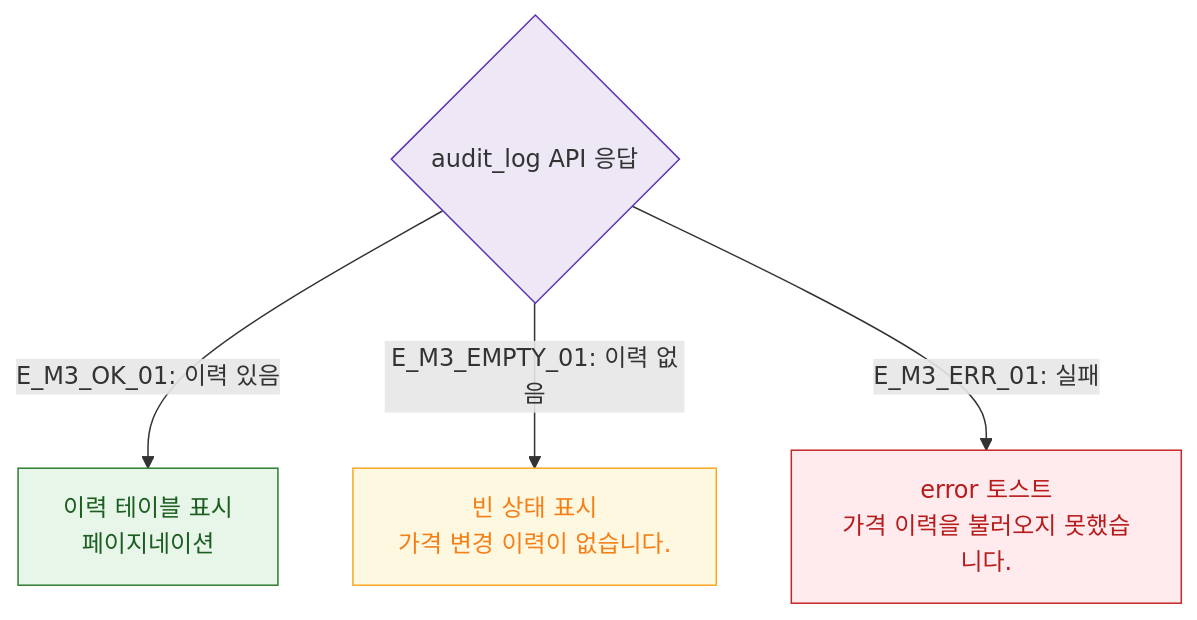
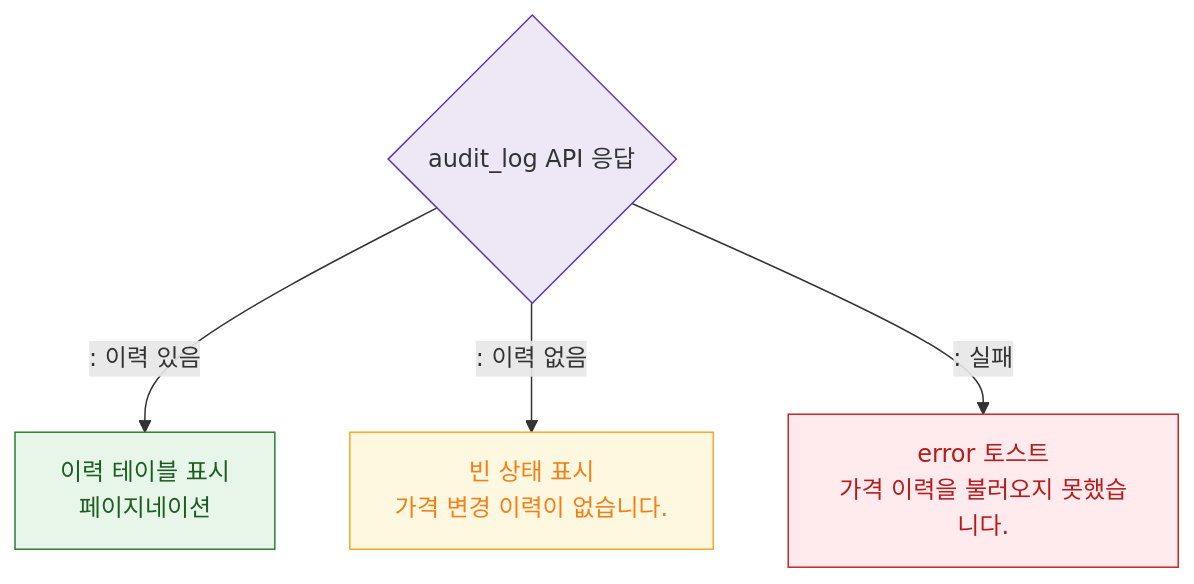
Before and after one commit to dev-spogym/admin-pando: the diagram in docs/다이어그램/D05_상품관리/DLG/DLG-P003_가격이력/M3_결과분기.md, drawn with Mermaid. The commit also changed other lines of this file and 1660 other files, not shown here.

First line of the commit message:
다이어그램: 기획자/클라이언트 납품본으로 정리

````diff
--- a/docs/다이어그램/D05_상품관리/DLG/DLG-P003_가격이력/M3_결과분기.md
+++ b/docs/다이어그램/D05_상품관리/DLG/DLG-P003_가격이력/M3_결과분기.md
@@ -16,15 +14,15 @@
 ```mermaid
 flowchart TD
-    AuditAPI{audit_log API 응답} -->|"E_M3_OK_01: 이력 있음"| ShowTable[이력 테이블 표시\n페이지네이션]
-    AuditAPI -->|"E_M3_EMPTY_01: 이력 없음"| EmptyState[빈 상태 표시\n가격 변경 이력이 없습니다.]
-    AuditAPI -->|"E_M3_ERR_01: 실패"| ErrState[error 토스트\n가격 이력을 불러오지 못했습니다.]
+    AuditAPI{audit_log API 응답} -->|": 이력 있음"|ShowTable[이력 테이블 표시\n페이지네이션]
+    AuditAPI -->|": 이력 없음"|EmptyState[빈 상태 표시\n가격 변경 이력이 없습니다.]
+    AuditAPI -->|": 실패"|ErrState[error 토스트\n가격 이력을 불러오지 못했습니다.]
 
     classDef success fill:#E8F5E9,stroke:#2E7D32,color:#1B5E20
     classDef warning fill:#FFF8E1,stroke:#F9A825,color:#F57F17
     classDef error fill:#FFEBEE,stroke:#C62828,color:#B71C1C
     classDef system fill:#EDE7F6,stroke:#5E35B2
     class ShowTable success
     class EmptyState warning
     class ErrState error
     class AuditAPI system
 ```
````
